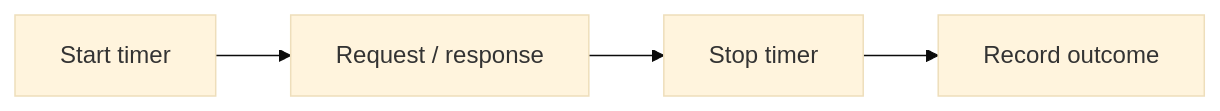
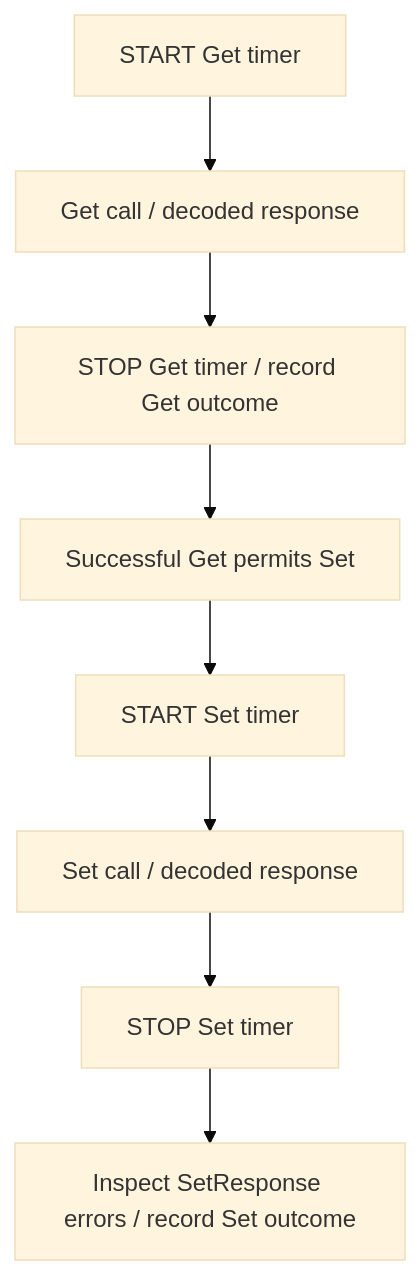
The second of 2 diagrams in docs/testplan/gnmi-benchmark-design.md (sonic-net/sonic-mgmt), drawn with Mermaid (base theme) before and after one commit. The commit also changed other lines of this file and 3 other files, not shown here.

Commit message:
Improve benchmark diagrams and separate experimental results

````diff
--- a/docs/testplan/gnmi-benchmark-design.md
+++ b/docs/testplan/gnmi-benchmark-design.md
@@ -71,4 +75,10 @@
 ```mermaid
-flowchart LR
-    Start["Start timer"] --> Call["Request / response"] --> Stop["Stop timer"] --> Record["Record outcome"]
+flowchart TD
+    Start["START Get timer"] --> Get["Get call / decoded response"]
+    Get --> GetStop["STOP Get timer / record Get outcome"]
+    GetStop --> Check["Successful Get permits Set"]
+    Check --> SetStart["START Set timer"]
+    SetStart --> Set["Set call / decoded response"]
+    Set --> Stop["STOP Set timer"]
+    Stop --> Inspect["Inspect SetResponse errors / record Set outcome"]
 ```
````
